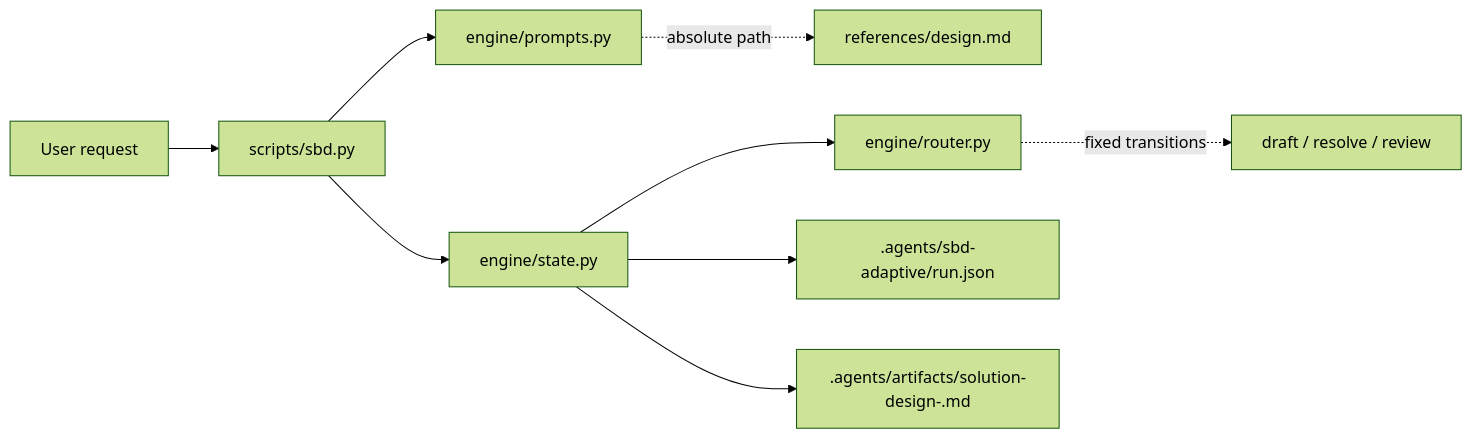
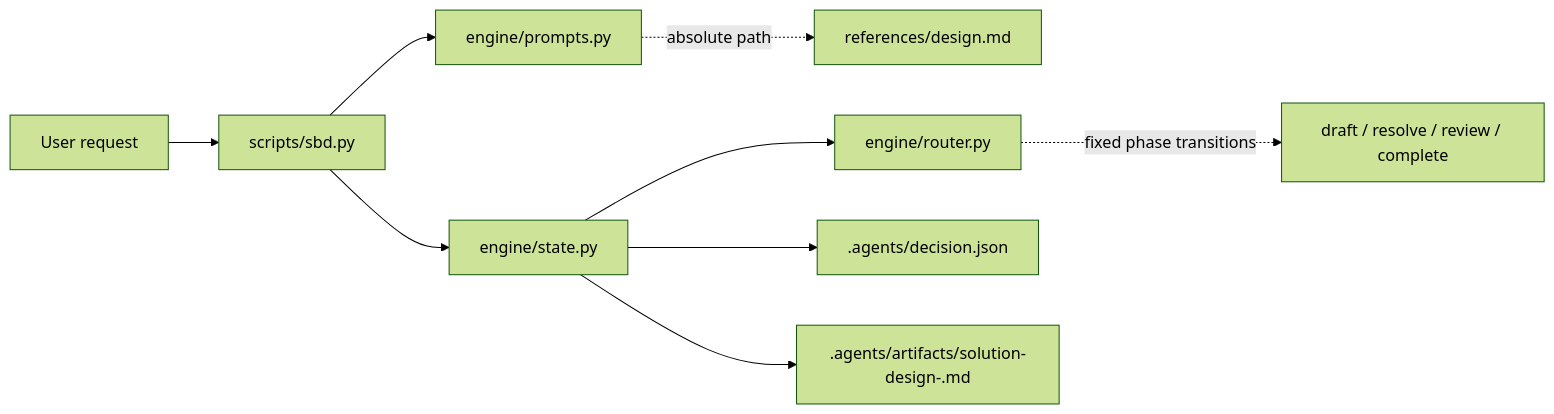
Before and after one commit to sij0sh/simple-by-design: the diagram in docs/architecture.md, drawn with Mermaid (forest theme). The commit also changed other lines of this file and 9 other files, not shown here.

First line of the commit message:
feat!: simplify checkpoint to schema 3 decision.json

````diff
--- a/docs/architecture.md
+++ b/docs/architecture.md
@@ -7,11 +7,11 @@
 ```mermaid
 flowchart LR
   U[User request] --> C["scripts/sbd.py"]
   C --> P["engine/prompts.py"]
   C --> S["engine/state.py"]
   S --> R["engine/router.py"]
   P -. absolute path .-> G["references/design.md"]
-  S --> J[".agents/sbd-adaptive/run.json"]
-  S --> A[".agents/artifacts/solution-design-<run-id>.md"]
-  R -. fixed transitions .-> T["draft / resolve / review"]
+  S --> J[".agents/decision.json"]
+  S --> A[".agents/artifacts/solution-design-<ticket>.md"]
+  R -. fixed phase transitions .-> T["draft / resolve / review / complete"]
 ```
````
